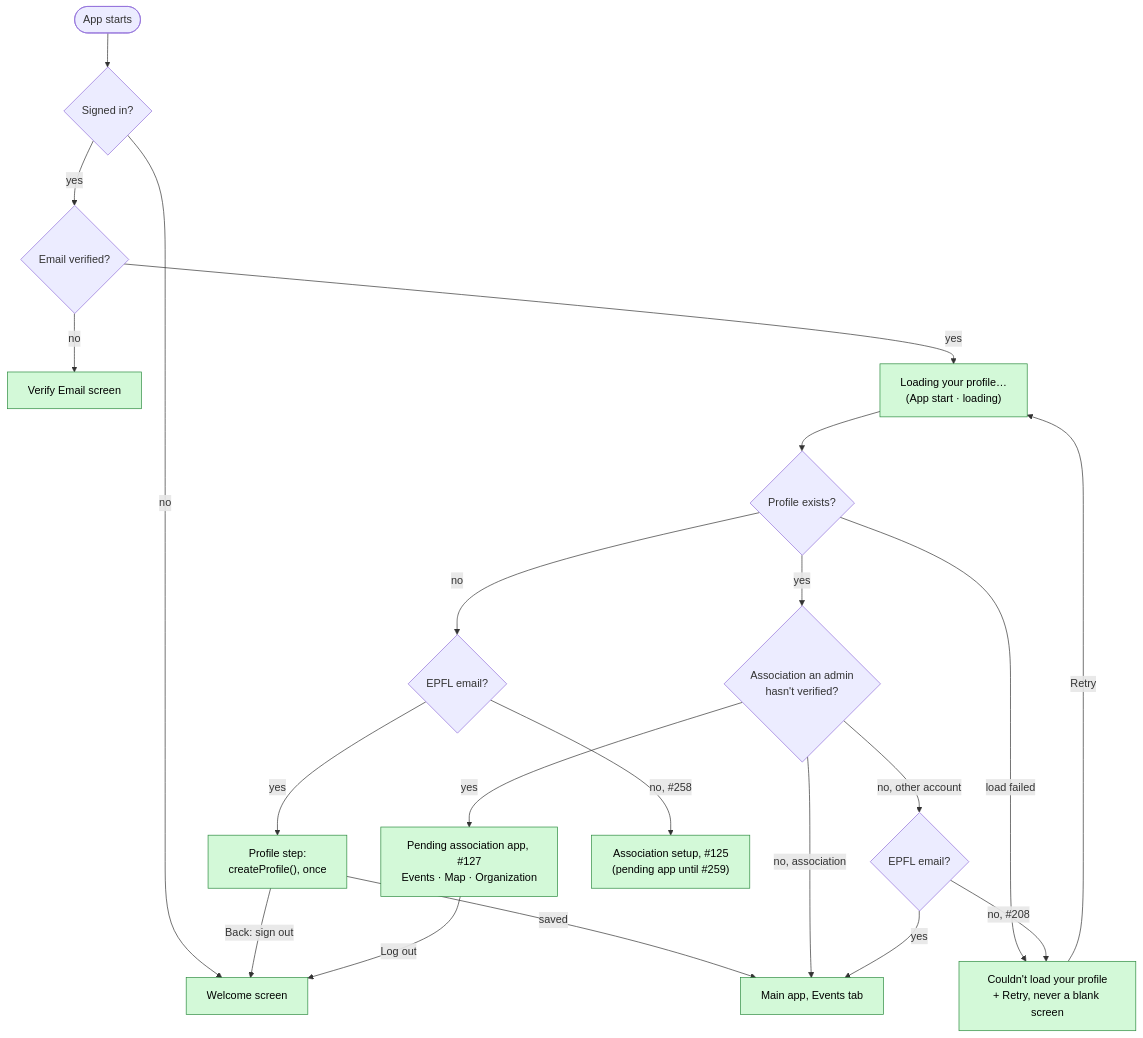
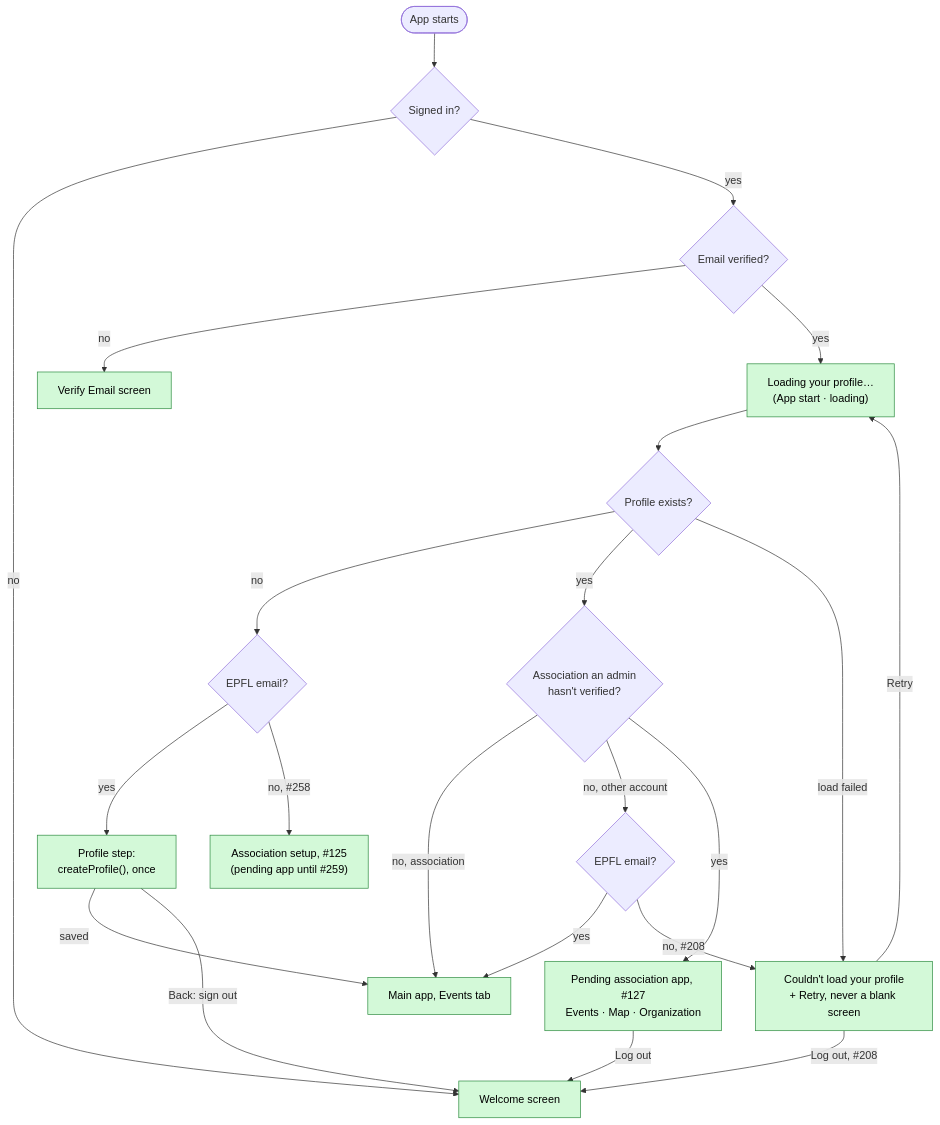
The ninth of 12 diagrams in docs/Architecture-Diagram.md (swent-polysocial/PolySocial), drawn with Mermaid before and after one commit. The commit also changed other lines of this file and 10 other files, not shown here.

First line of the commit message:
feat(start): offer Log out on the start error

````diff
--- a/docs/Architecture-Diagram.md
+++ b/docs/Architecture-Diagram.md
@@ -304,24 +304,25 @@
 ```mermaid
 flowchart TD
   classDef s1 fill:#d3f9d8,stroke:#2b8a3e,color:#000
   start(["App starts"]) --> q1{"Signed in?"}
   q1 -- no --> welcome["Welcome screen"]:::s1
   q1 -- yes --> q2{"Email verified?"}
   q2 -- no --> verify["Verify Email screen"]:::s1
   q2 -- yes --> load["Loading your profile…<br/>(App start · loading)"]:::s1 --> q3{"Profile exists?"}
   q3 -- no --> q5{"EPFL email?"}
   q5 -- yes --> create["Profile step:<br/>createProfile(), once"]:::s1
   main["Main app, Events tab"]:::s1
   create -- "saved" --> main
   create -- "Back: sign out" --> welcome
   q3 -- yes --> q4{"Association an admin<br/>hasn't verified?"}
   q4 -- "no, association" --> main
   q4 -- "no, other account" --> q6{"EPFL email?"}
   q6 -- yes --> main
   q4 -- yes --> pending["Pending association app, #127<br/>Events · Map · Organization"]:::s1
   pending -- "Log out" --> welcome
   q3 -- "load failed" --> err["Couldn't load your profile<br/>+ Retry, never a blank screen"]:::s1
   err -- "Retry" --> load
+  err -- "Log out, #208" --> welcome
   q5 -- "no, #258" --> setup["Association setup, #125<br/>(pending app until #259)"]:::s1
   q6 -- "no, #208" --> err
 ```
````
